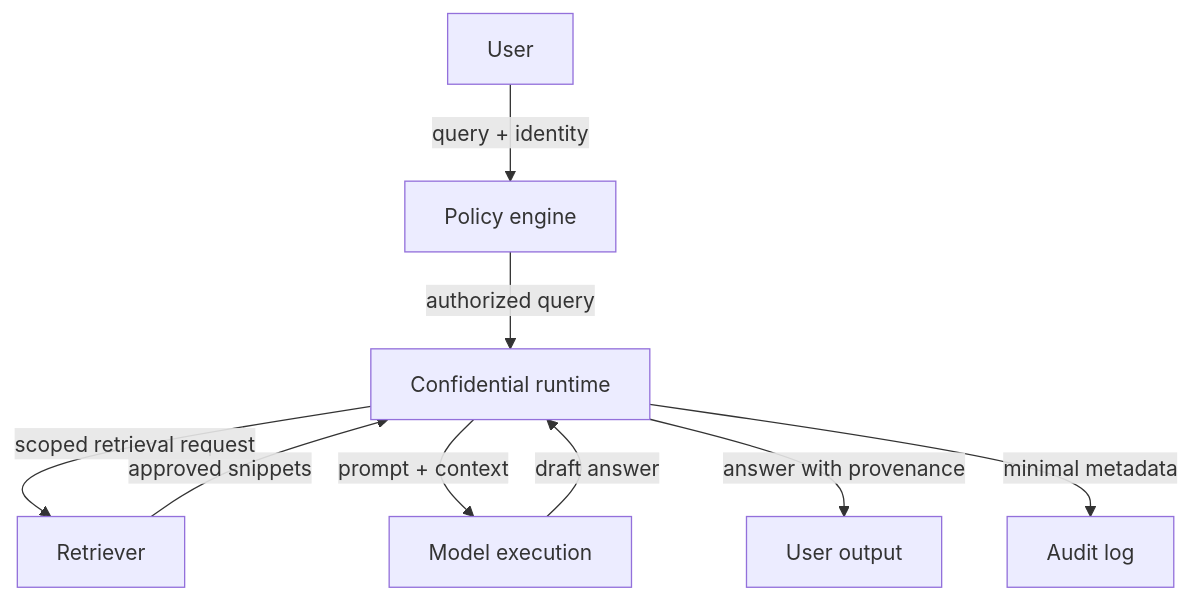
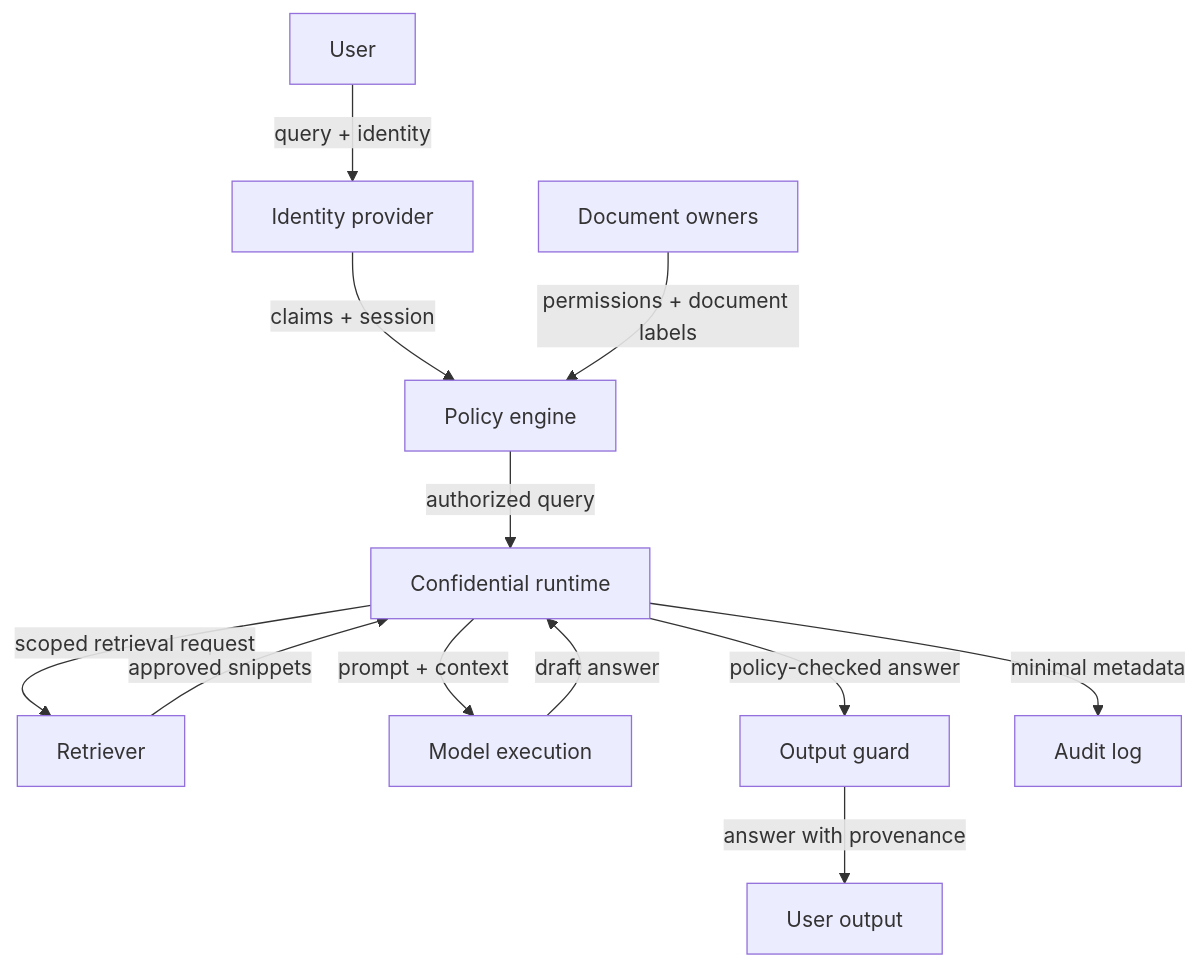
Before and after one commit to I-Love-PETs/i-love-pets.github.io: the diagram in docs/pet-architectures/confidential-rag.md, drawn with Mermaid. The commit also changed other lines of this file and 6 other files, not shown here.

Commit message:
Polish PET architecture reviews

````diff
--- a/docs/pet-architectures/confidential-rag.md
+++ b/docs/pet-architectures/confidential-rag.md
@@ -13,11 +13,14 @@
 ```mermaid
 flowchart TD
-  U[User] -->|query + identity| P[Policy engine]
+  U[User] -->|query + identity| I[Identity provider]
+  I -->|claims + session| P[Policy engine]
+  D[Document owners] -->|permissions + document labels| P
   P -->|authorized query| T[Confidential runtime]
   T -->|scoped retrieval request| R[Retriever]
   R -->|approved snippets| T
   T -->|prompt + context| M[Model execution]
   M -->|draft answer| T
-  T -->|answer with provenance| O[User output]
+  T -->|policy-checked answer| G[Output guard]
+  G -->|answer with provenance| O[User output]
   T -->|minimal metadata| A[Audit log]
 ```
````
